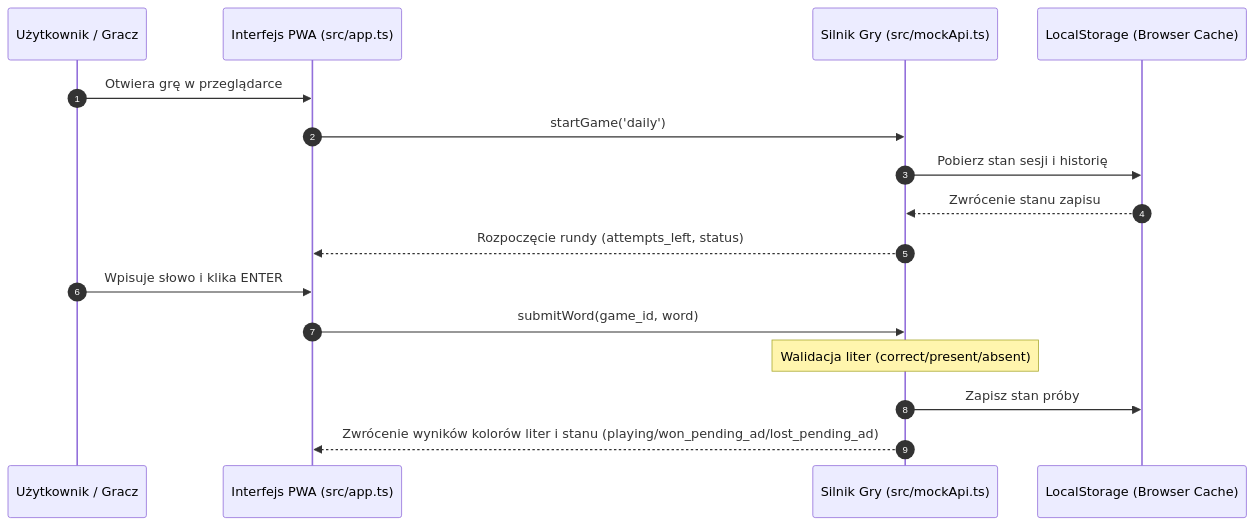
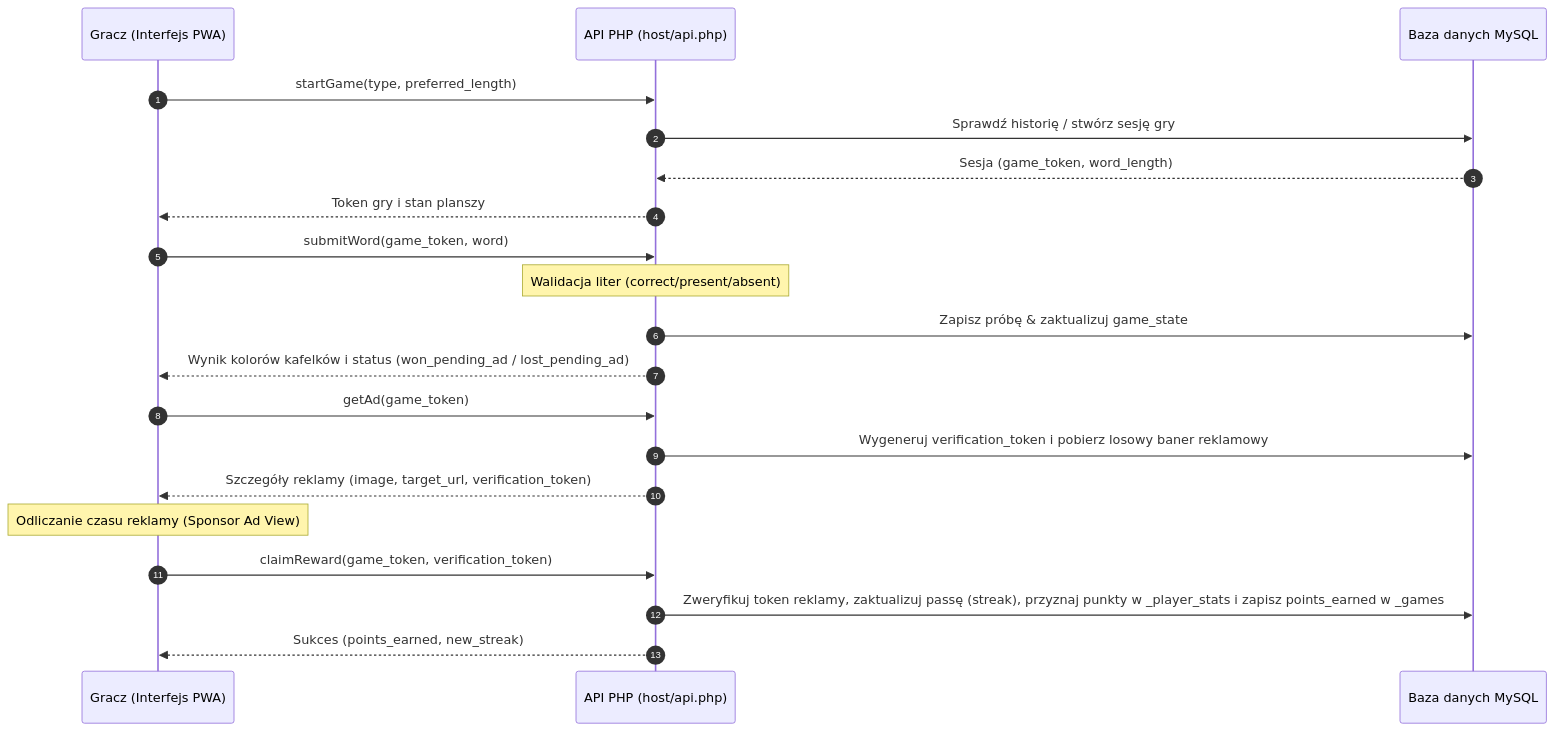
Before and after one commit to zm0r4sky/yin_customloyalty_wordle: the diagram in README.md, drawn with Mermaid. The commit also changed other lines of this file and 1 other file, not shown here.

````diff
--- a/README.md
+++ b/README.md
@@ -38,20 +61,27 @@
 ```mermaid
 sequenceDiagram
     autonumber
-    participant U as Użytkownik / Gracz
-    participant UI as Interfejs PWA (src/app.ts)
-    participant E as Silnik Gry (src/mockApi.ts)
-    participant LS as LocalStorage (Browser Cache)
+    participant U as Gracz (Interfejs PWA)
+    participant API as API PHP (host/api.php)
+    participant DB as Baza danych MySQL
 
-    U->>UI: Otwiera grę w przeglądarce
-    UI->>E: startGame('daily')
-    E->>LS: Pobierz stan sesji i historię
-    LS-->>E: Zwrócenie stanu zapisu
-    E-->>UI: Rozpoczęcie rundy (attempts_left, status)
+    U->>API: startGame(type, preferred_length)
+    API->>DB: Sprawdź historię / stwórz sesję gry
+    DB-->>API: Sesja (game_token, word_length)
+    API-->>U: Token gry i stan planszy
     
-    U->>UI: Wpisuje słowo i klika ENTER
-    UI->>E: submitWord(game_id, word)
-    Note over E: Walidacja liter (correct/present/absent)
-    E->>LS: Zapisz stan próby
-    E-->>UI: Zwrócenie wyników kolorów liter i stanu (playing/won_pending_ad/lost_pending_ad)
+    U->>API: submitWord(game_token, word)
+    Note over API: Walidacja liter (correct/present/absent)
+    API->>DB: Zapisz próbę & zaktualizuj game_state
+    API-->>U: Wynik kolorów kafelków i status (won_pending_ad / lost_pending_ad)
+
+    U->>API: getAd(game_token)
+    API->>DB: Wygeneruj verification_token i pobierz losowy baner reklamowy
+    API-->>U: Szczegóły reklamy (image, target_url, verification_token)
+    
+    Note over U: Odliczanie czasu reklamy (Sponsor Ad View)
+    
+    U->>API: claimReward(game_token, verification_token)
+    API->>DB: Zweryfikuj token reklamy, zaktualizuj passę (streak), przyznaj punkty w _player_stats i zapisz points_earned w _games
+    API-->>U: Sukces (points_earned, new_streak)
 ```
````
